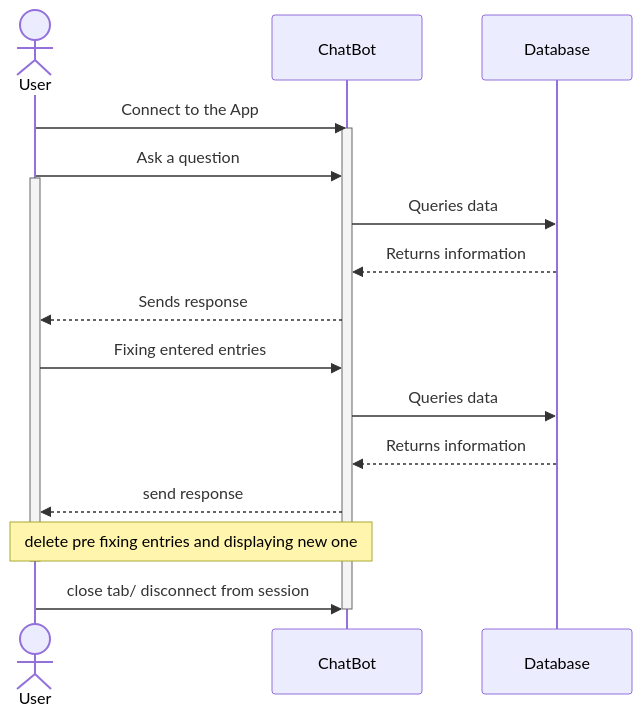
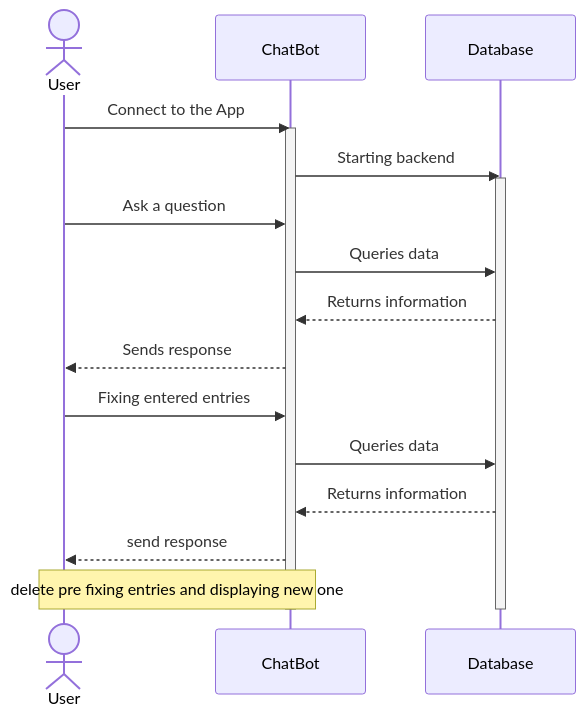
One commit to Capstone-Projects-2025-Spring/project-003-bioinformatics-chatbot changed the fourth of 5 diagrams in documentation/docs/requirements/use-case-descriptions.md. Above: the diagram before and after it, drawn with Mermaid. The commit also changed other lines of this file, not shown here.

````diff
--- a/documentation/docs/requirements/use-case-descriptions.md
+++ b/documentation/docs/requirements/use-case-descriptions.md
@@ -130,24 +141,26 @@
 ```mermaid
 sequenceDiagram
     actor A as User
     participant B as ChatBot
     participant C as Database
     
     
     A->>B: Connect to the App
+    
     activate B
+    B->>C: Starting backend
+    activate C
+    A->>B: Ask a question
     
-    A->>B: Ask a question
-    activate A
     B->>C: Queries data
     C-->>B: Returns information
     B-->>A: Sends response
     A->>B: Fixing entered entries
     B->>C: Queries data
     C-->>B: Returns information
     B-->>A: send response
     Note over A,B: delete pre fixing entries and displaying new one
-    deactivate A
-    A->>B: close tab/ disconnect from session
+    
     deactivate B
+    deactivate C
 ```
````
